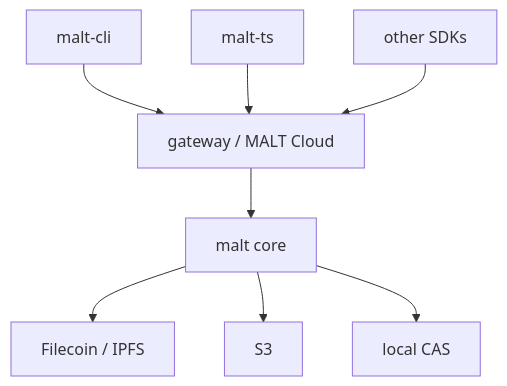
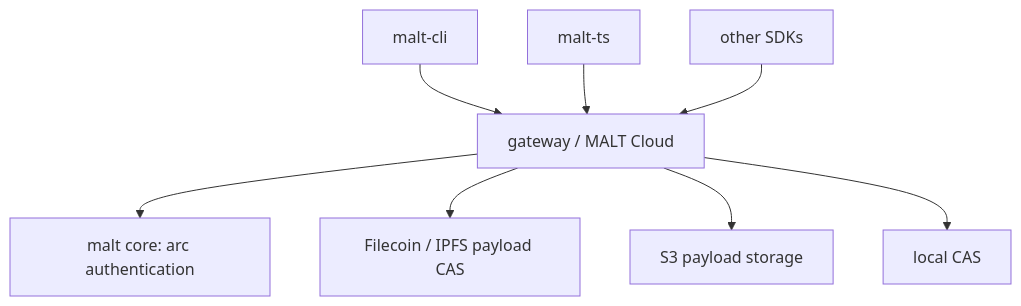
The second of 2 diagrams in profile/README.md (DeWebProtocol/.github), drawn with Mermaid before and after one commit. The commit also changed other lines of this file and 4 other files, not shown here.

````diff
--- a/profile/README.md
+++ b/profile/README.md
@@ -89,10 +105,10 @@
 ```mermaid
 flowchart TB
   cli["malt-cli"] --> gateway["gateway / MALT Cloud"]
   ts["malt-ts"] --> gateway
   other["other SDKs"] --> gateway
-  gateway --> core["malt core"]
-  core --> filecoin["Filecoin / IPFS"]
-  core --> s3["S3"]
-  core --> local["local CAS"]
+  gateway --> core["malt core: arc authentication"]
+  gateway --> filecoin["Filecoin / IPFS payload CAS"]
+  gateway --> s3["S3 payload storage"]
+  gateway --> local["local CAS"]
 ```
````
